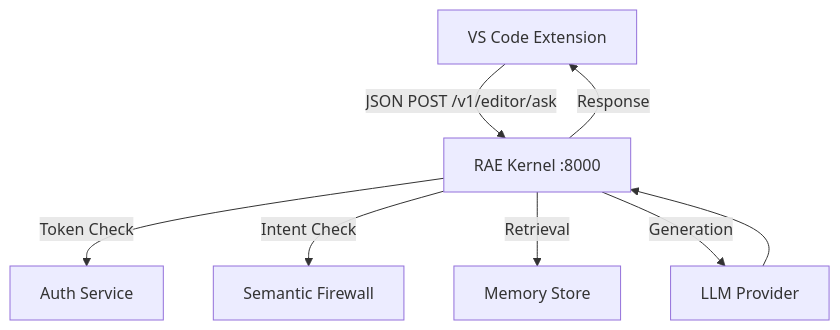
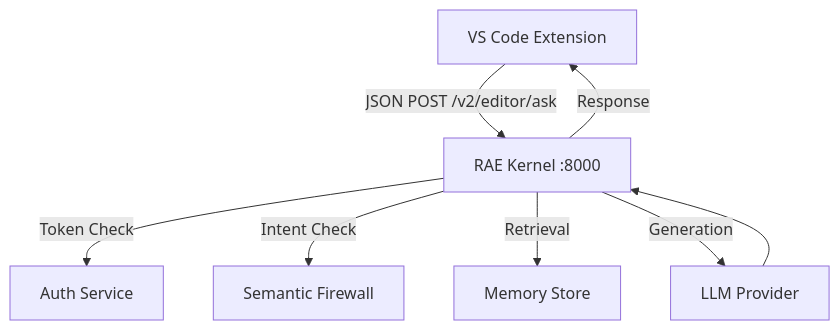
One commit to dreamsoft-pro/RAE-agentic-memory changed the diagram in docs/specs/RAE_EDITOR_PROTOCOL.md. Above: the diagram before and after it, drawn with Mermaid. The commit also changed other lines of this file and 112 other files, not shown here.

````diff
--- a/docs/specs/RAE_EDITOR_PROTOCOL.md
+++ b/docs/specs/RAE_EDITOR_PROTOCOL.md
@@ -13,10 +13,10 @@
 ```mermaid
 graph TD
-    IDE[VS Code Extension] -->|JSON POST /v1/editor/ask| RAE[RAE Kernel :8000]
+    IDE[VS Code Extension] -->|JSON POST /v2/editor/ask| RAE[RAE Kernel :8000]
     RAE -->|Token Check| Auth[Auth Service]
     RAE -->|Intent Check| FW[Semantic Firewall]
     RAE -->|Retrieval| Mem[Memory Store]
     RAE -->|Generation| LLM[LLM Provider]
     LLM --> RAE
     RAE -->|Response| IDE
 ```
````
